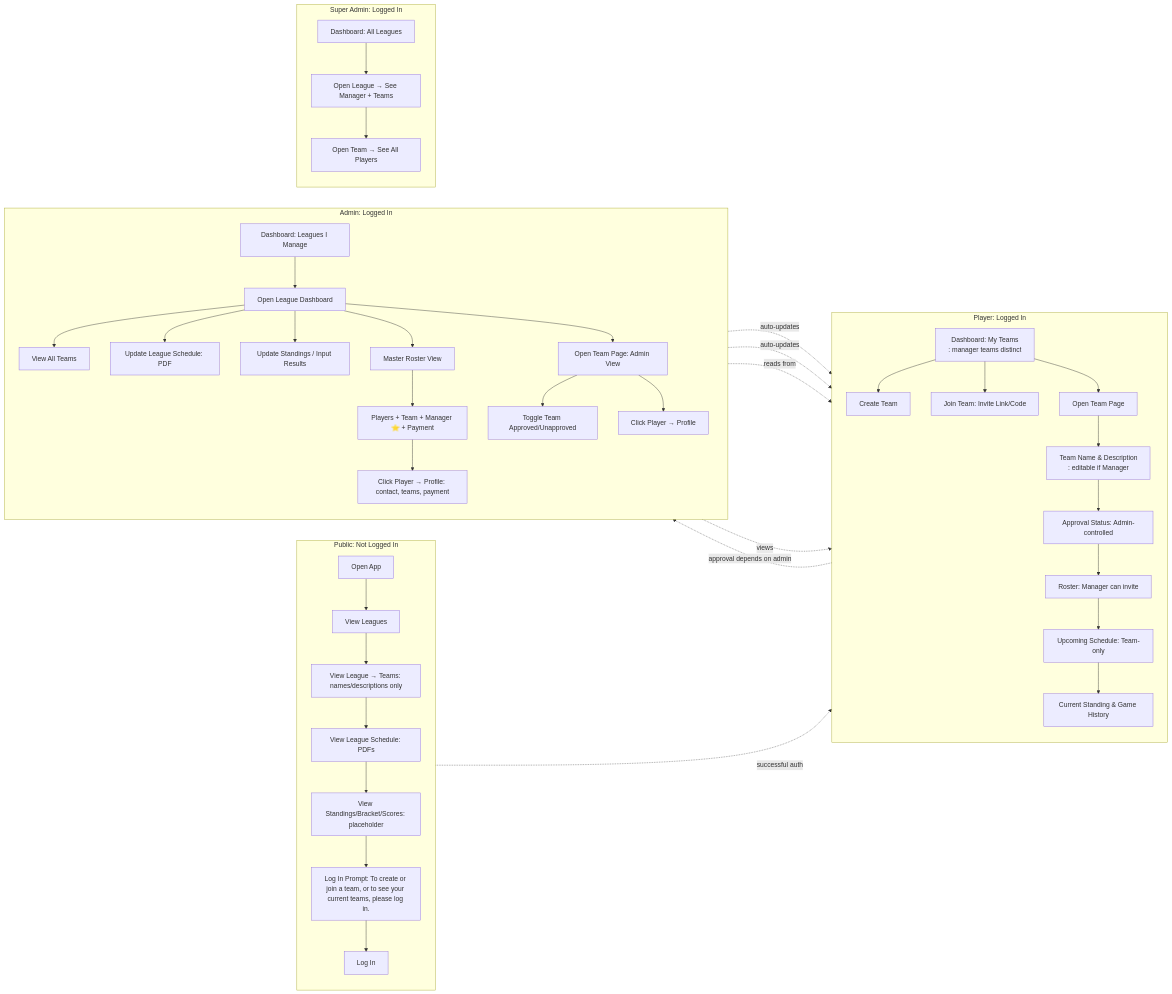
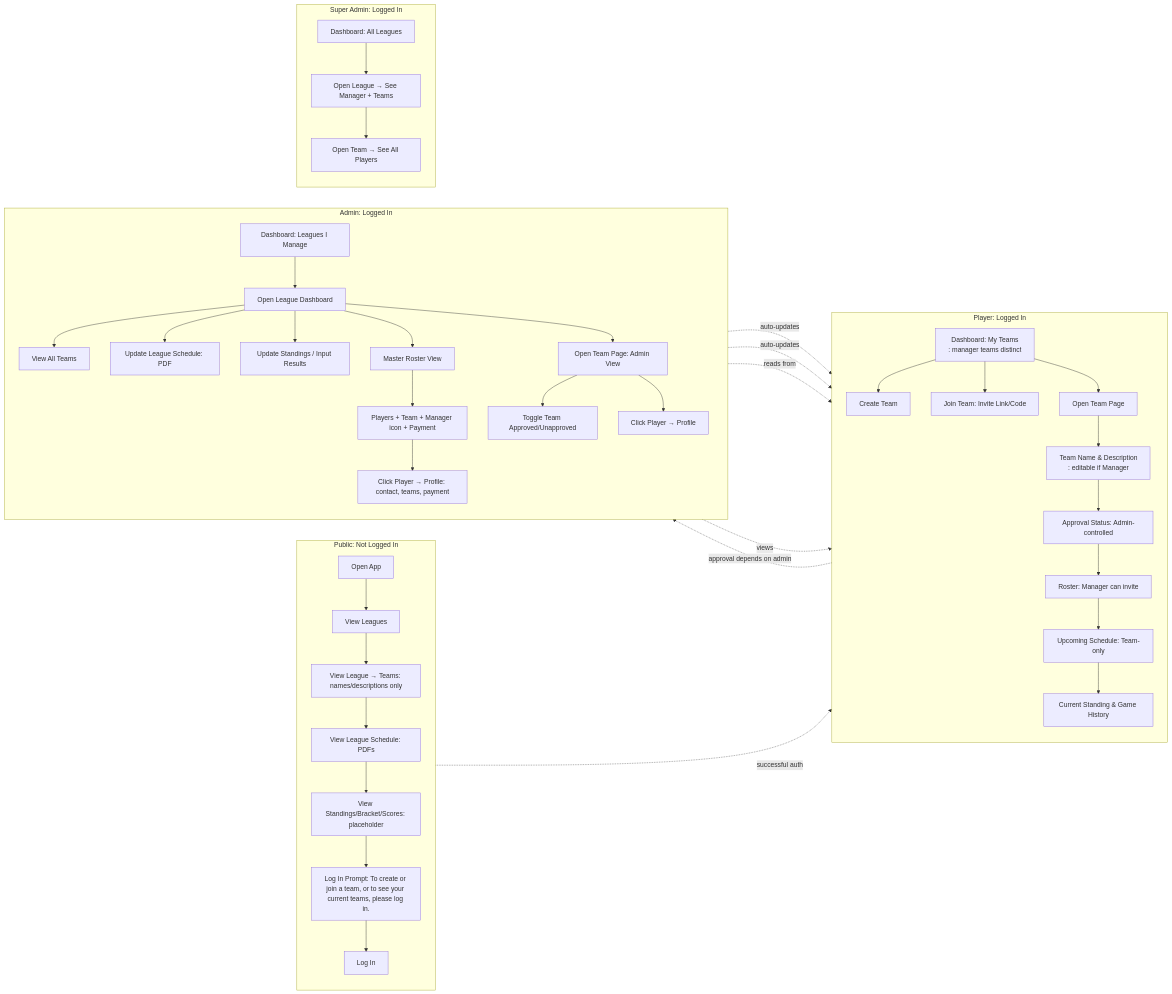
Before and after one commit to dauphineezc/GMCC-league-management-system: the second of 4 diagrams in docs/flowdiagrams.md, drawn with Mermaid.

Commit message:
small edit for clarity

````diff
--- a/docs/flowdiagrams.md
+++ b/docs/flowdiagrams.md
@@ -49,78 +49,78 @@
 ```mermaid
 flowchart LR
   %% Lanes are subgraphs (swimlanes). Flow is left-to-right.
   %% Cross-lane arrows show handoffs or data dependencies.
 
   %% ===== Public Lane =====
   subgraph L1[Public: Not Logged In]
     direction TB
     P1[Open App]
     P2[View Leagues]
     P3[View League → Teams: names/descriptions only]
     P4[View League Schedule: PDFs]
     P5[View Standings/Bracket/Scores: placeholder]
     P6[Log In Prompt: To create or join a team, or to see your current teams, please log in.]
     P7[Log In]
     P1 --> P2 --> P3
     P3 --> P4 --> P5
     P5 --> P6 --> P7
   end
 
   %% ===== Player Lane =====
   subgraph L2[Player: Logged In]
     direction TB
     PL1[Dashboard: My Teams\n: manager teams distinct]
     PL2[Create Team]
     PL3[Join Team: Invite Link/Code]
     PL4[Open Team Page]
     PL4a[Team Name & Description\n: editable if Manager]
     PL4b[Approval Status: Admin-controlled]
     PL4c[Roster: Manager can invite]
     PL4d[Upcoming Schedule: Team-only]
     PL4e[Current Standing & Game History]
     PL1 --> PL2
     PL1 --> PL3
     PL1 --> PL4
     PL4 --> PL4a --> PL4b --> PL4c --> PL4d --> PL4e
   end
 
   %% ===== Admin Lane =====
   subgraph L3[Admin: Logged In]
     direction TB
     AD1[Dashboard: Leagues I Manage]
     AD2[Open League Dashboard]
     AD2a[View All Teams]
     AD2b[Update League Schedule: PDF]
     AD2c[Update Standings / Input Results]
     AD2d[Master Roster View]
-    AD2d1[Players + Team + Manager ⭐ + Payment]
+    AD2d1[Players + Team + Manager icon + Payment]
     AD2d2[Click Player → Profile: contact, teams, payment]
     AD3[Open Team Page: Admin View]
     AD3a[Toggle Team Approved/Unapproved]
     AD3b[Click Player → Profile]
     AD1 --> AD2
     AD2 --> AD2a
     AD2 --> AD2b
     AD2 --> AD2c
     AD2 --> AD2d --> AD2d1 --> AD2d2
     AD2 --> AD3 --> AD3a
     AD3 --> AD3b
   end
 
   %% ===== Super Admin Lane =====
   subgraph L4[Super Admin: Logged In]
     direction TB
     SA1[Dashboard: All Leagues]
     SA2[Open League → See Manager + Teams]
     SA3[Open Team → See All Players]
     SA1 --> SA2 --> SA3
   end
 
   %% ===== Cross-Lane Dependencies =====
   P7 -.successful auth.-> PL1
   PL4b -.approval depends on admin.-> AD3a
   AD2b -.auto-updates.-> PL4d
   AD2c -.auto-updates.-> PL4e
   AD2d1 -.reads from.-> PL4c
   AD3b -.views.-> PL4c
 ```
````
